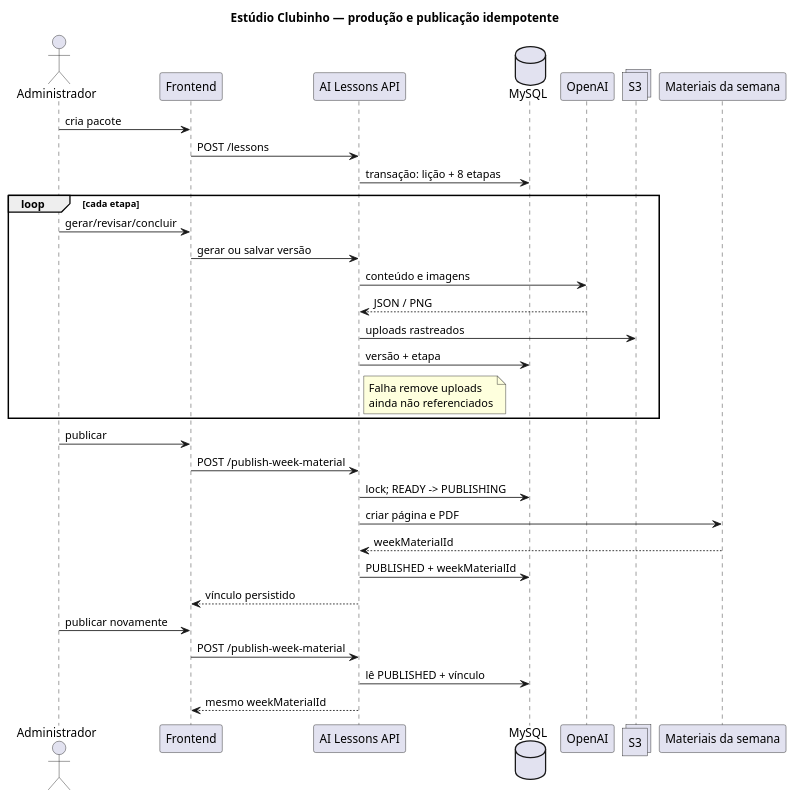
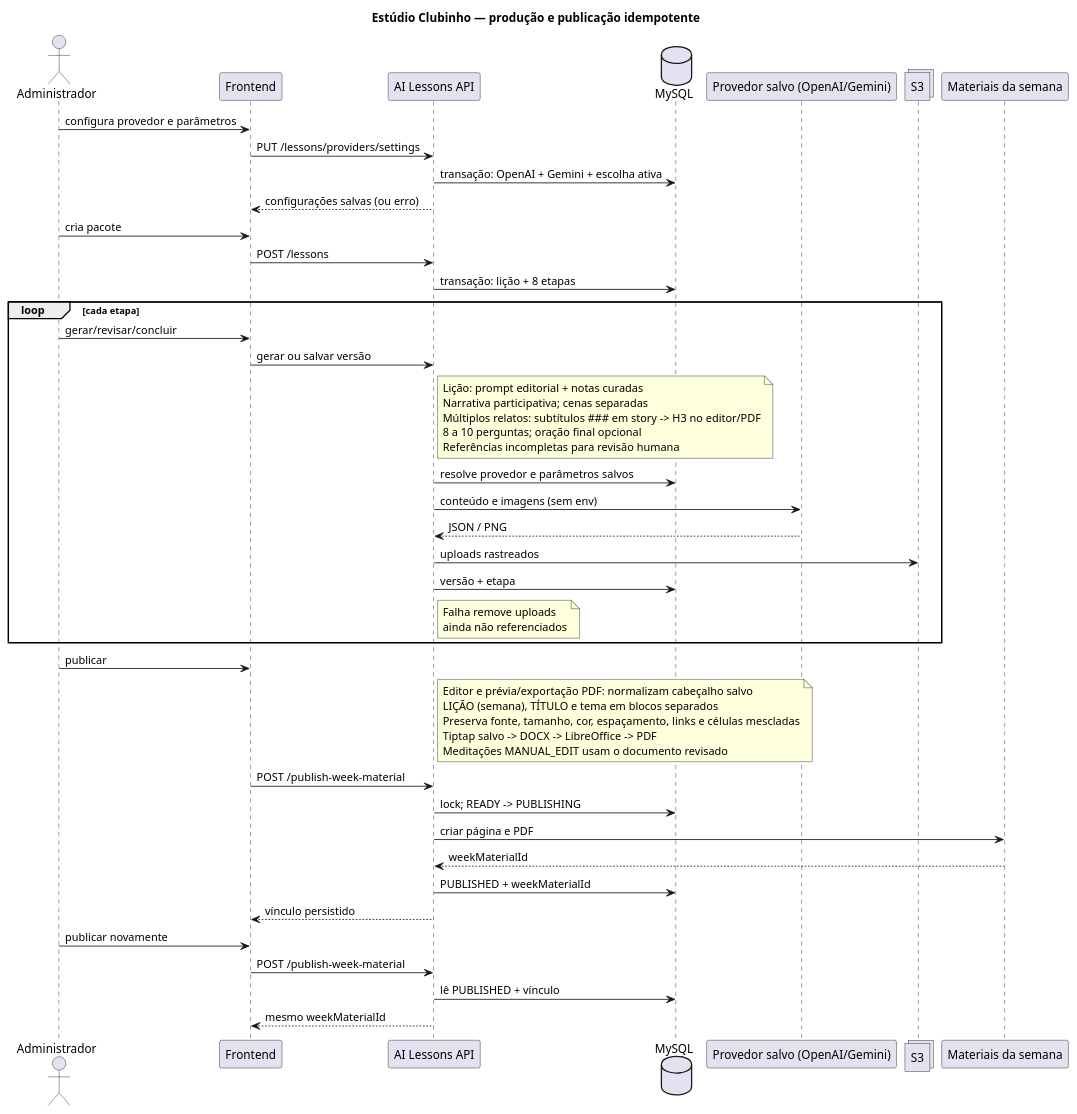
One commit to ministerioclubinhos/clubinhonib-api changed the diagram in docs/diagrams/flow/ai-lessons/ai-lessons-flow.puml. Above: the diagram before and after it, drawn with PlantUML. The commit also changed 44 other files, not shown here.

```diff
--- a/docs/diagrams/flow/ai-lessons/ai-lessons-flow.puml
+++ b/docs/diagrams/flow/ai-lessons/ai-lessons-flow.puml
@@ -1,40 +1,60 @@
 @startuml
 title Estúdio Clubinho — produção e publicação idempotente
 actor Administrador
 participant Frontend
 participant "AI Lessons API" as API
 database MySQL
-participant OpenAI
+participant "Provedor salvo (OpenAI/Gemini)" as OpenAI
 collections S3
 participant "Materiais da semana" as Week
+
+Administrador -> Frontend: configura provedor e parâmetros
+Frontend -> API: PUT /lessons/providers/settings
+API -> MySQL: transação: OpenAI + Gemini + escolha ativa
+API --> Frontend: configurações salvas (ou erro)
 
 Administrador -> Frontend: cria pacote
 Frontend -> API: POST /lessons
 API -> MySQL: transação: lição + 8 etapas
 
 loop cada etapa
   Administrador -> Frontend: gerar/revisar/concluir
   Frontend -> API: gerar ou salvar versão
-  API -> OpenAI: conteúdo e imagens
+  note right of API
+    Lição: prompt editorial + notas curadas
+    Narrativa participativa; cenas separadas
+    Múltiplos relatos: subtítulos ### em story -> H3 no editor/PDF
+    8 a 10 perguntas; oração final opcional
+    Referências incompletas para revisão humana
+  end note
+  API -> MySQL: resolve provedor e parâmetros salvos
+  API -> OpenAI: conteúdo e imagens (sem env)
   OpenAI --> API: JSON / PNG
   API -> S3: uploads rastreados
   API -> MySQL: versão + etapa
   note right of API
     Falha remove uploads
     ainda não referenciados
   end note
 end
 
 Administrador -> Frontend: publicar
+note right of API
+  Editor e prévia/exportação PDF: normalizam cabeçalho salvo
+  LIÇÃO (semana), TÍTULO e tema em blocos separados
+  Preserva fonte, tamanho, cor, espaçamento, links e células mescladas
+  Tiptap salvo -> DOCX -> LibreOffice -> PDF
+  Meditações MANUAL_EDIT usam o documento revisado
+end note
 Frontend -> API: POST /publish-week-material
 API -> MySQL: lock; READY -> PUBLISHING
 API -> Week: criar página e PDF
 Week --> API: weekMaterialId
 API -> MySQL: PUBLISHED + weekMaterialId
 API --> Frontend: vínculo persistido
 
 Administrador -> Frontend: publicar novamente
 Frontend -> API: POST /publish-week-material
 API -> MySQL: lê PUBLISHED + vínculo
 API --> Frontend: mesmo weekMaterialId
 @enduml
```
